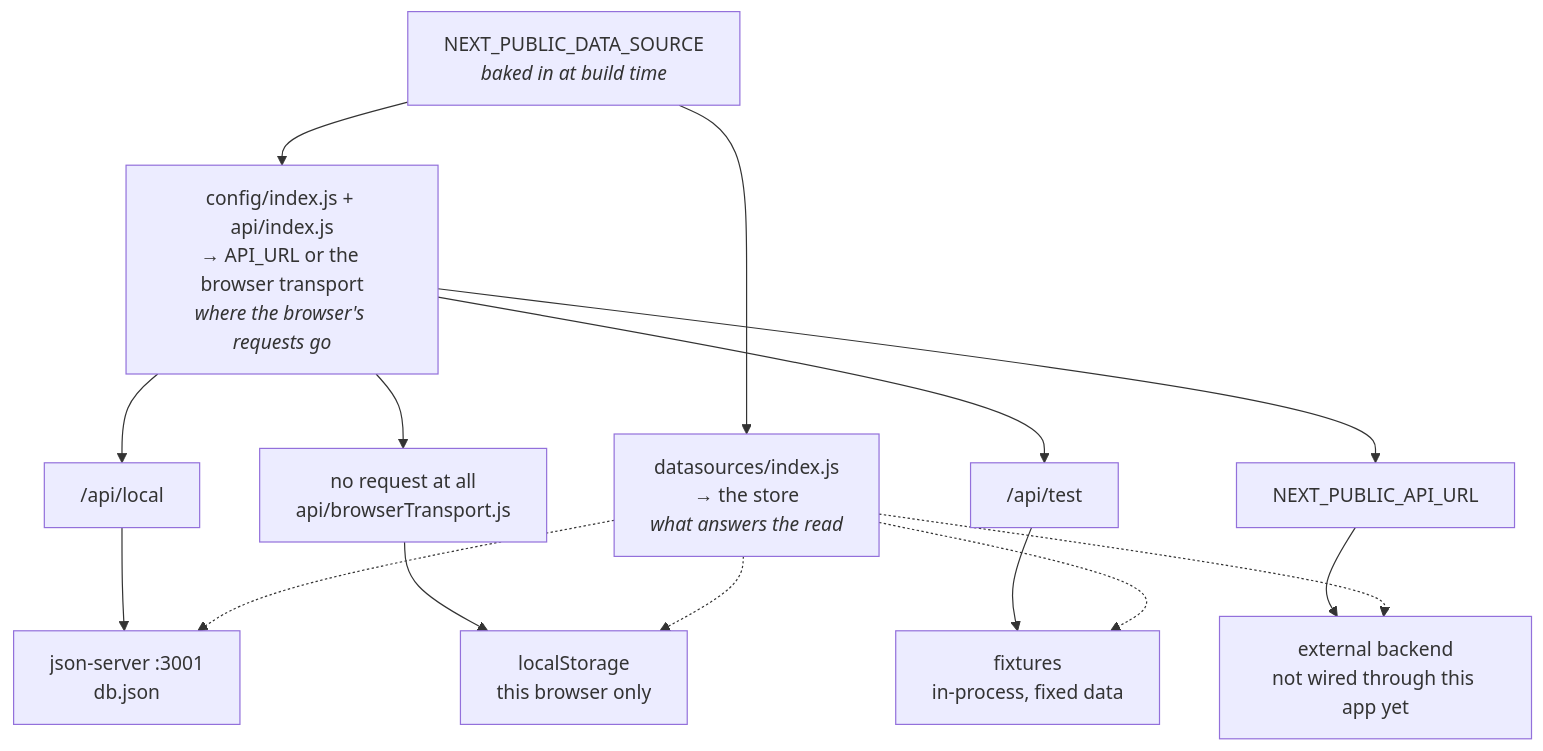
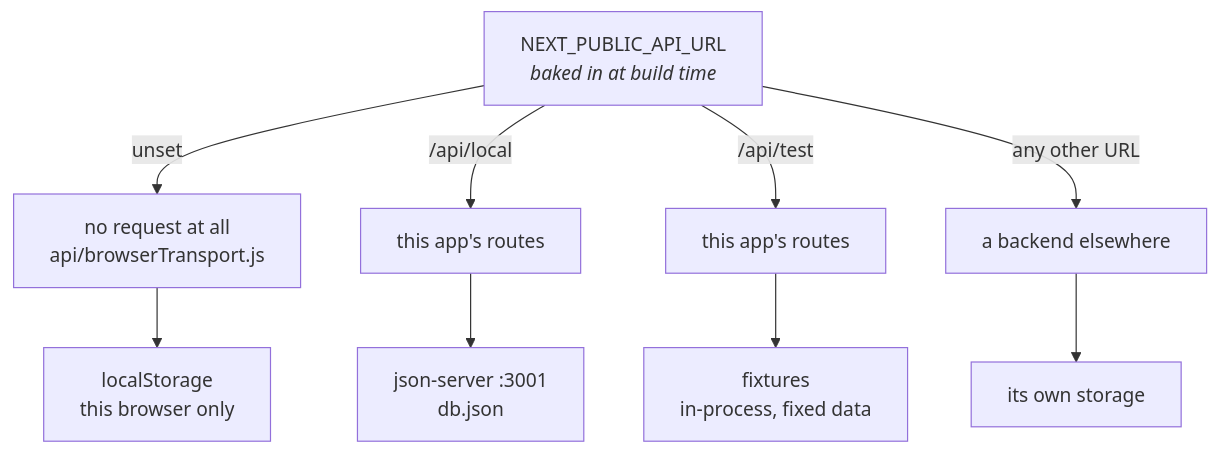
The diagram in docs/deployment.md (glrodasz/cero-web), drawn with Mermaid before and after one commit. The commit also changed other lines of this file and 22 other files, not shown here.

First line of the commit message:
refactor(config): select the backend by NEXT_PUBLIC_API_URL, defaulting to localStorage

````diff
--- a/docs/deployment.md
+++ b/docs/deployment.md
@@ -21,21 +21,14 @@
 ```mermaid
 flowchart TD
-  ENV["NEXT_PUBLIC_DATA_SOURCE<br/><i>baked in at build time</i>"]
-  ENV --> URL["config/index.js + api/index.js<br/>→ API_URL or the browser transport<br/><i>where the browser's requests go</i>"]
-  ENV --> STORE["datasources/index.js<br/>→ the store<br/><i>what answers the read</i>"]
+  ENV["NEXT_PUBLIC_API_URL<br/><i>baked in at build time</i>"]
 
-  URL --> LOCAL["/api/local"]
-  URL --> INBROWSER["no request at all<br/>api/browserTransport.js"]
-  URL --> TEST["/api/test"]
-  URL --> EXT["NEXT_PUBLIC_API_URL"]
+  ENV -->|unset| INBROWSER["no request at all<br/>api/browserTransport.js"]
+  ENV -->|/api/local| LOCAL["this app's routes"]
+  ENV -->|/api/test| TEST["this app's routes"]
+  ENV -->|any other URL| EXT["a backend elsewhere"]
 
+  INBROWSER --> LS["localStorage<br/>this browser only"]
   LOCAL --> JS["json-server :3001<br/>db.json"]
-  INBROWSER --> LS["localStorage<br/>this browser only"]
   TEST --> FIX["fixtures<br/>in-process, fixed data"]
-  EXT --> BACKEND["external backend<br/>not wired through this app yet"]
-
-  STORE -.-> JS
-  STORE -.-> LS
-  STORE -.-> FIX
-  STORE -.-> BACKEND
+  EXT --> BACKEND["its own storage"]
 ```
````
